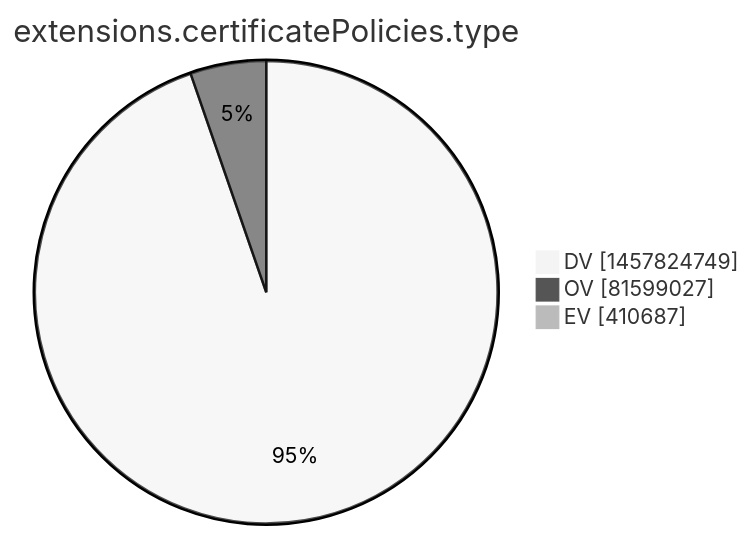
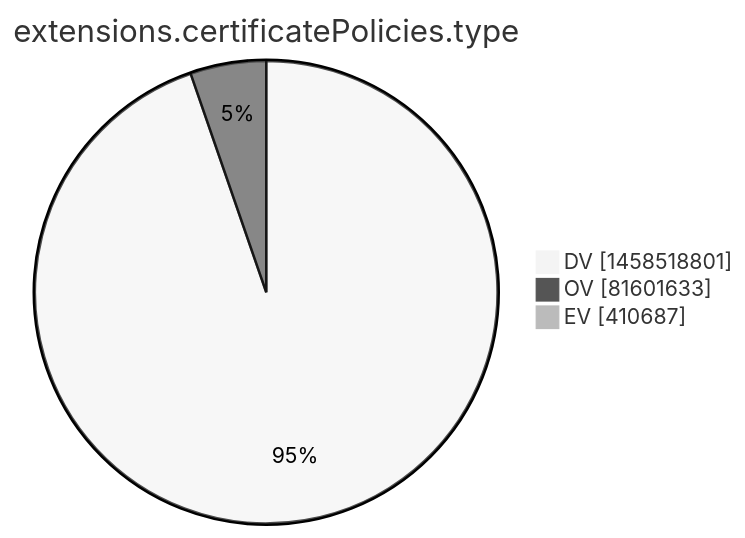
One commit to christiankrug/ctmonitor_visualization changed the tenth of 15 diagrams in xenon2022/README.md. Above: the diagram before and after it, drawn with Mermaid (neutral theme). The commit also changed other lines of this file, not shown here.

````diff
--- a/xenon2022/README.md
+++ b/xenon2022/README.md
@@ -2870,7 +2870,7 @@
 ```mermaid
 pie showData
 title extensions.certificatePolicies.type
-"DV" :1457824749
-"OV" :81599027
+"DV" :1458518801
+"OV" :81601633
 "EV" :410687
 ```
````
